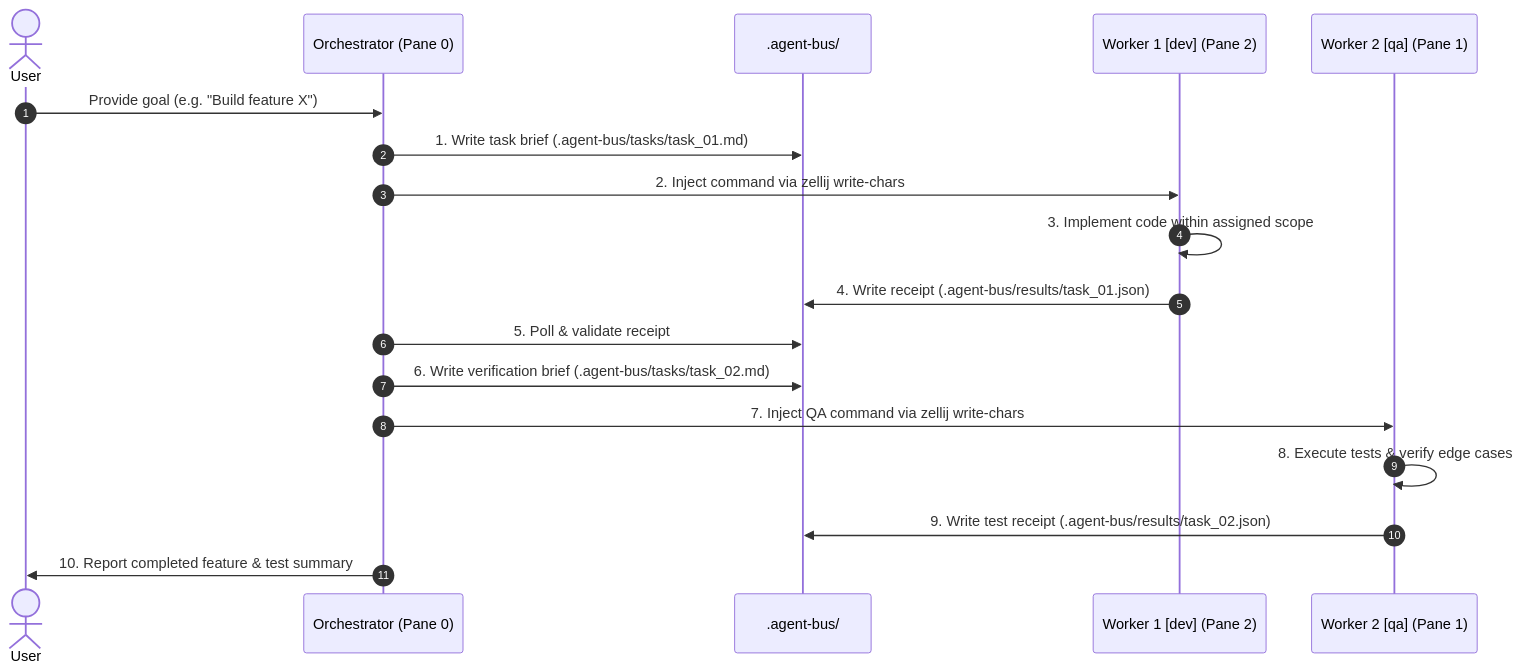
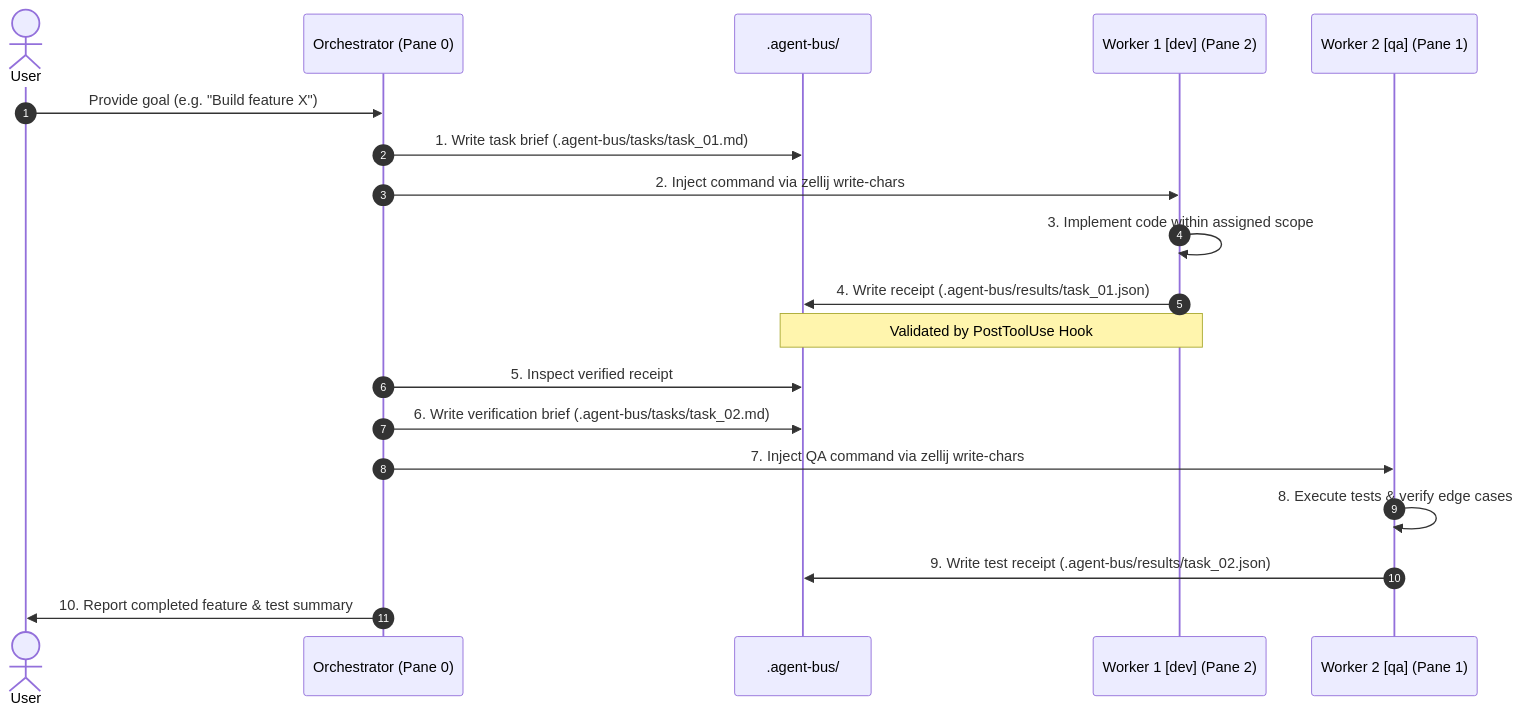
The diagram in README.md (guyguy2/zellij_mailbox), drawn with Mermaid before and after one commit. The commit also changed other lines of this file and 27 other files, not shown here.

````diff
--- a/README.md
+++ b/README.md
@@ -99,21 +175,22 @@
 ```mermaid
 sequenceDiagram
     autonumber
     actor User
     participant O as Orchestrator (Pane 0)
     participant Bus as .agent-bus/
     participant W1 as Worker 1 [dev] (Pane 2)
     participant W2 as Worker 2 [qa] (Pane 1)
 
     User->>O: Provide goal (e.g. "Build feature X")
     O->>Bus: 1. Write task brief (.agent-bus/tasks/task_01.md)
     O->>W1: 2. Inject command via zellij write-chars
     W1->>W1: 3. Implement code within assigned scope
     W1->>Bus: 4. Write receipt (.agent-bus/results/task_01.json)
-    O->>Bus: 5. Poll & validate receipt
+    Note over W1,Bus: Validated by PostToolUse Hook
+    O->>Bus: 5. Inspect verified receipt
     O->>Bus: 6. Write verification brief (.agent-bus/tasks/task_02.md)
     O->>W2: 7. Inject QA command via zellij write-chars
     W2->>W2: 8. Execute tests & verify edge cases
     W2->>Bus: 9. Write test receipt (.agent-bus/results/task_02.json)
     O->>User: 10. Report completed feature & test summary
 ```
````
